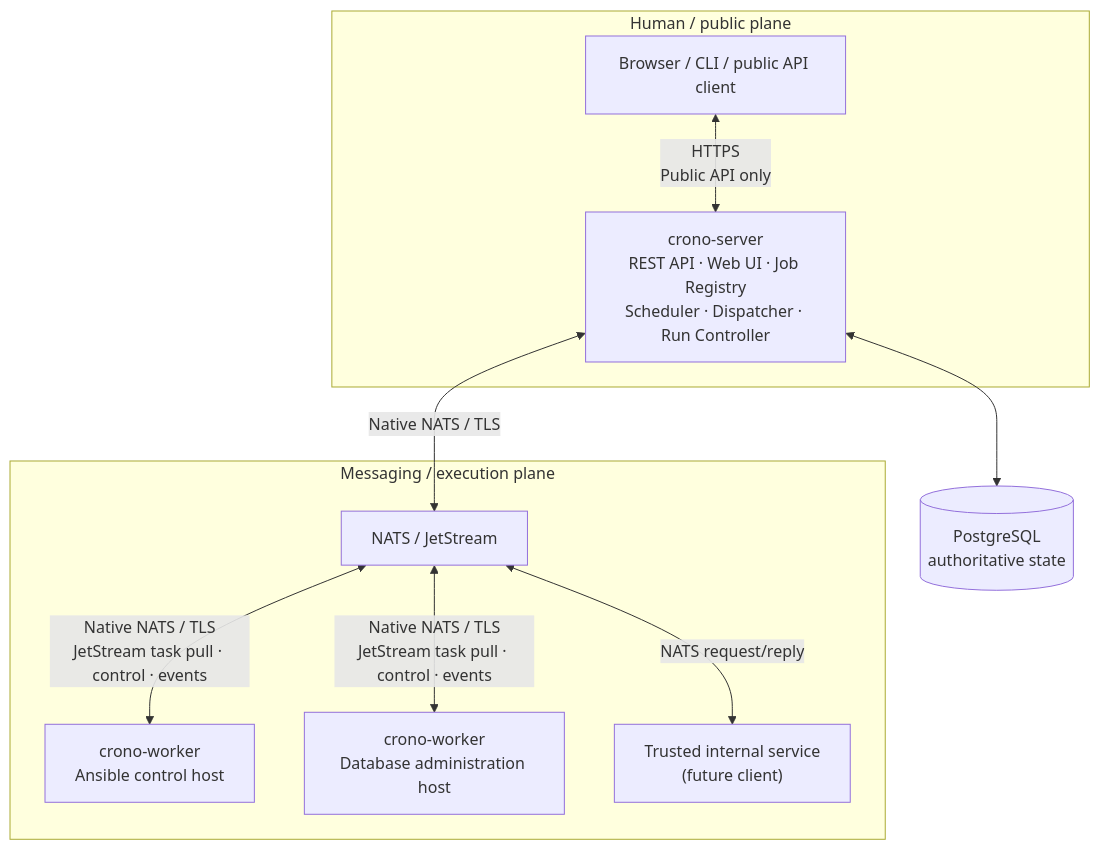
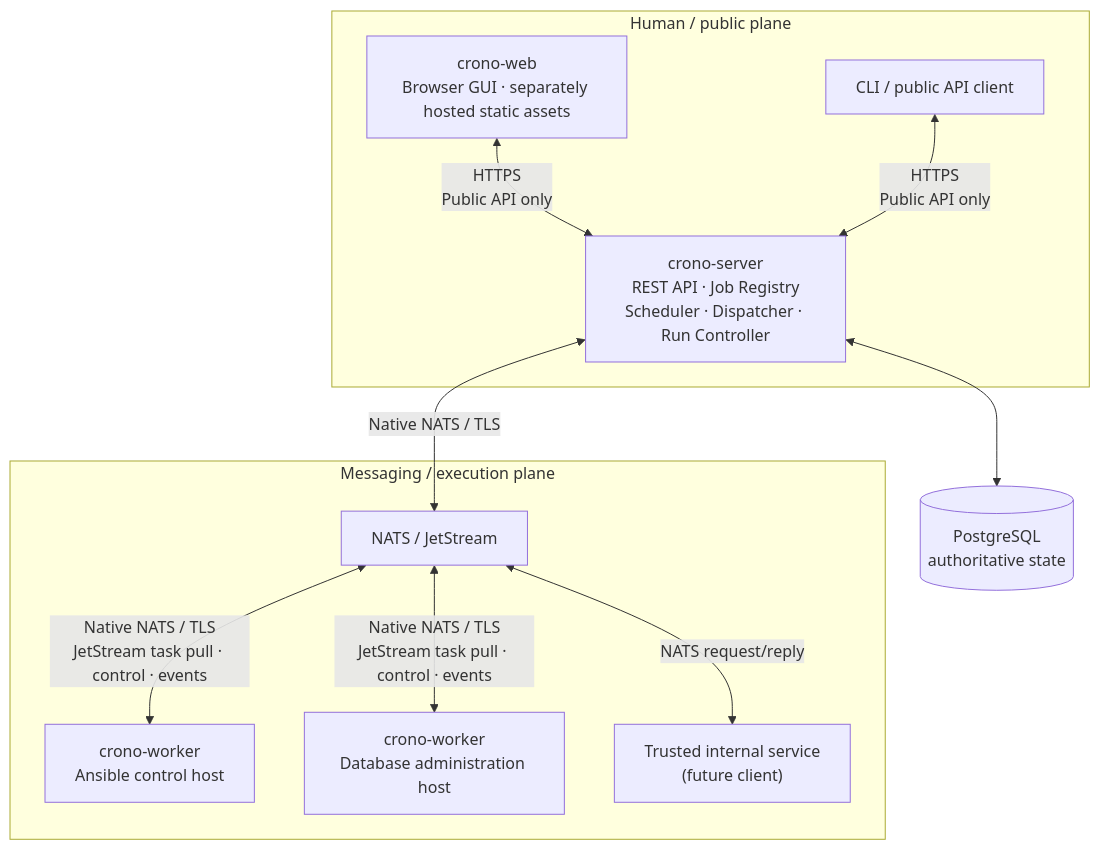
One commit to crono-io/crono changed the diagram in README.md. Above: the diagram before and after it, drawn with Mermaid. The commit also changed other lines of this file and 42 other files, not shown here.

Commit message:
Scaffold Crono workspace and CLI tooling

````diff
--- a/README.md
+++ b/README.md
@@ -23,23 +81,25 @@
 ```mermaid
 flowchart TB
     subgraph Public["Human / public plane"]
-        Client["Browser / CLI / public API client"]
-        Server["crono-server<br/>REST API · Web UI · Job Registry<br/>Scheduler · Dispatcher · Run Controller"]
+        Web["crono-web<br/>Browser GUI · separately hosted static assets"]
+        Client["CLI / public API client"]
+        Server["crono-server<br/>REST API · Job Registry<br/>Scheduler · Dispatcher · Run Controller"]
+        Web <-->|"HTTPS<br/>Public API only"| Server
         Client <-->|"HTTPS<br/>Public API only"| Server
     end
 
     PG[("PostgreSQL<br/>authoritative state")]
     Server <--> PG
 
     subgraph Messaging["Messaging / execution plane"]
         NATS["NATS / JetStream"]
         W1["crono-worker<br/>Ansible control host"]
         W2["crono-worker<br/>Database administration host"]
         Trusted["Trusted internal service<br/>(future client)"]
         NATS <-->|"Native NATS / TLS<br/>JetStream task pull · control · events"| W1
         NATS <-->|"Native NATS / TLS<br/>JetStream task pull · control · events"| W2
         NATS <-->|"NATS request/reply"| Trusted
     end
 
     Server <-->|"Native NATS / TLS"| NATS
 ```
````
